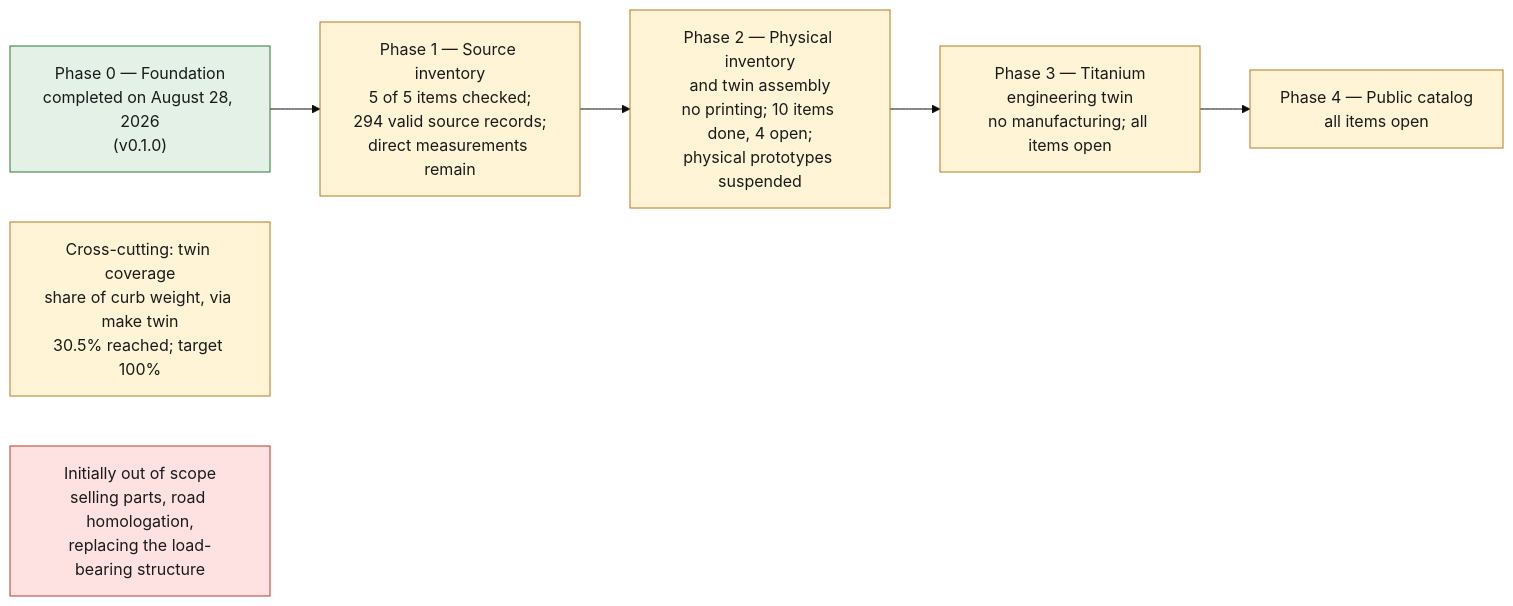
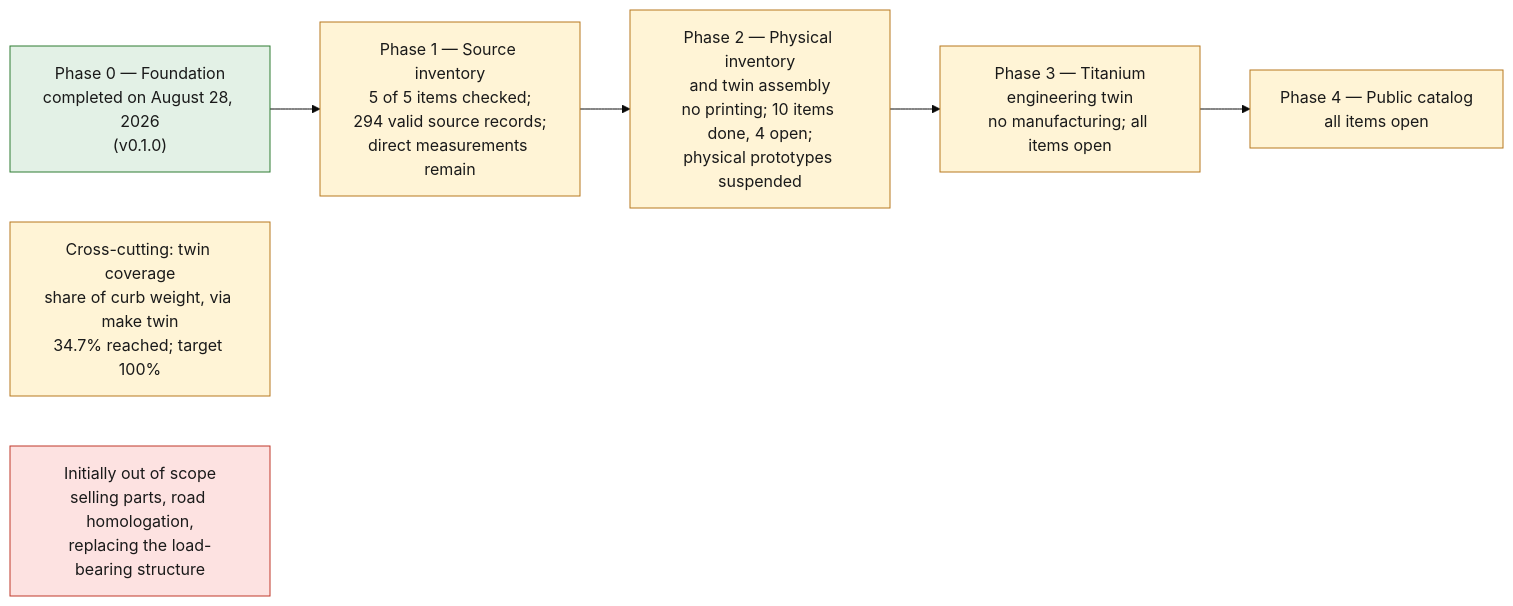
The diagram in ROADMAP.md (cluster2600/porscheparts), drawn with Mermaid (base theme) before and after one commit. The commit also changed other lines of this file and 2 other files, not shown here.

First line of the commit message:
fix(twin): source the engine mass in twin coverage (#12)

````diff
--- a/ROADMAP.md
+++ b/ROADMAP.md
@@ -5,14 +5,14 @@
 ```mermaid
 flowchart LR
     P0["Phase 0 — Foundation<br/>completed on August 28, 2026<br/>(v0.1.0)"]:::ok
     P1["Phase 1 — Source inventory<br/>5 of 5 items checked;<br/>294 valid source records;<br/>direct measurements remain"]:::open
     P2["Phase 2 — Physical inventory<br/>and twin assembly<br/>no printing; 10 items done, 4 open;<br/>physical prototypes suspended"]:::open
     P3["Phase 3 — Titanium<br/>engineering twin<br/>no manufacturing; all items open"]:::open
     P4["Phase 4 — Public catalog<br/>all items open"]:::open
     P0 --> P1 --> P2 --> P3 --> P4
-    COV["Cross-cutting: twin coverage<br/>share of curb weight, via make twin<br/>30.5% reached; target 100%"]:::open
+    COV["Cross-cutting: twin coverage<br/>share of curb weight, via make twin<br/>34.7% reached; target 100%"]:::open
     OUT["Initially out of scope<br/>selling parts, road homologation,<br/>replacing the load-bearing structure"]:::stop
     classDef stop fill:#fde2e1,stroke:#c0392b,color:#1a1a1a;
     classDef ok fill:#e3f1e6,stroke:#2e7d32,color:#1a1a1a;
     classDef open fill:#fff4d6,stroke:#b7791f,color:#1a1a1a;
 ```
````
